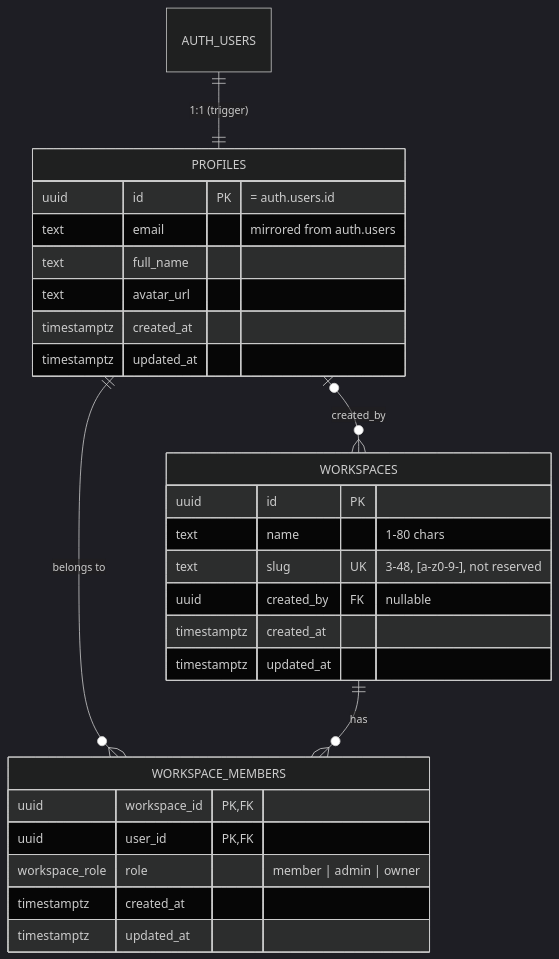
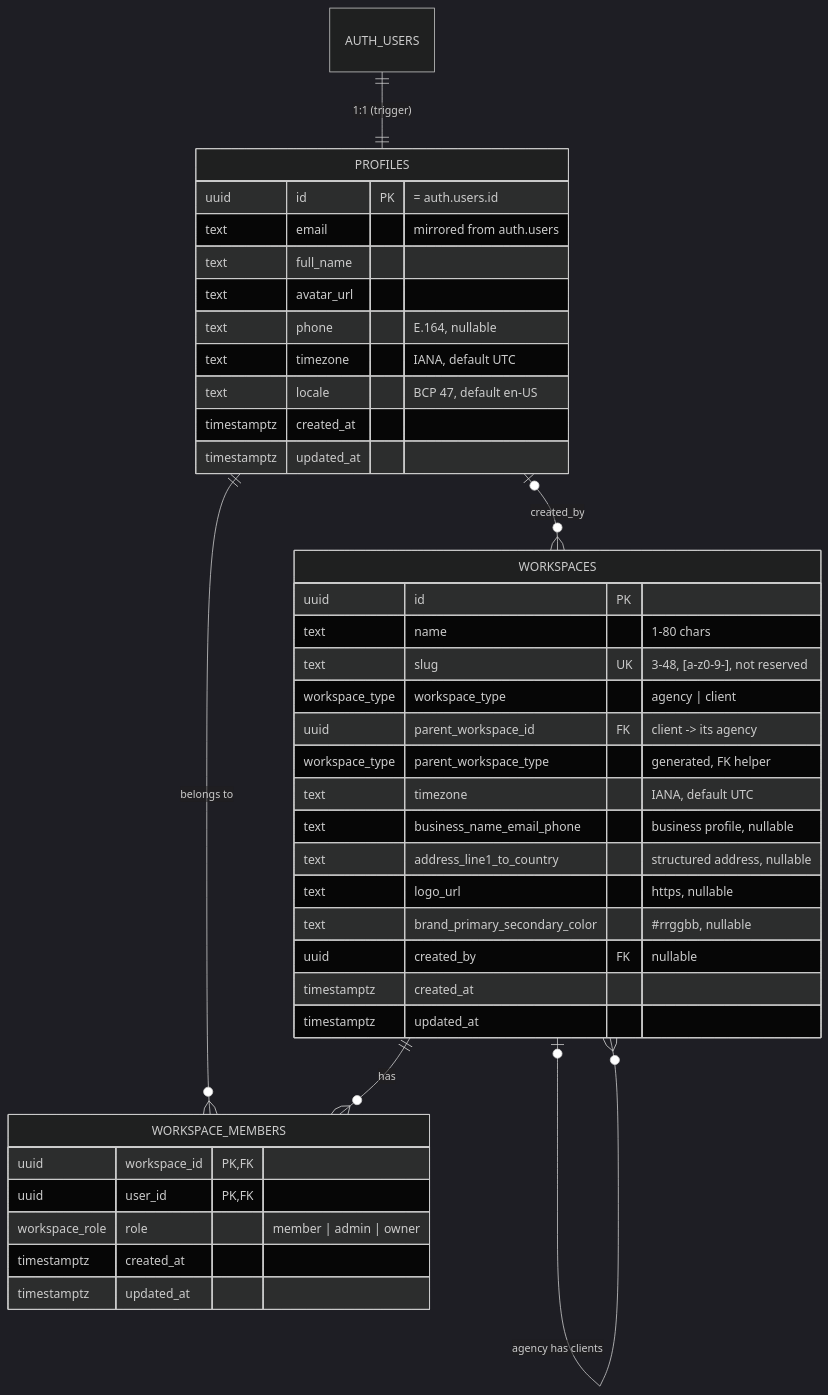
One commit to adithpenta23/DreamFunnels changed the diagram in docs/DATABASE.md. Above: the diagram before and after it, drawn with Mermaid (dark theme). The commit also changed other lines of this file and 76 other files, not shown here.

````diff
--- a/docs/DATABASE.md
+++ b/docs/DATABASE.md
@@ -14,31 +17,43 @@
 ```mermaid
 erDiagram
   AUTH_USERS ||--|| PROFILES : "1:1 (trigger)"
   PROFILES ||--o{ WORKSPACE_MEMBERS : "belongs to"
   WORKSPACES ||--o{ WORKSPACE_MEMBERS : "has"
   PROFILES |o--o{ WORKSPACES : "created_by"
+  WORKSPACES |o--o{ WORKSPACES : "agency has clients"
 
   PROFILES {
     uuid id PK "= auth.users.id"
     text email "mirrored from auth.users"
     text full_name
     text avatar_url
+    text phone "E.164, nullable"
+    text timezone "IANA, default UTC"
+    text locale "BCP 47, default en-US"
     timestamptz created_at
     timestamptz updated_at
   }
   WORKSPACES {
     uuid id PK
     text name "1-80 chars"
     text slug UK "3-48, [a-z0-9-], not reserved"
+    workspace_type workspace_type "agency | client"
+    uuid parent_workspace_id FK "client -> its agency"
+    workspace_type parent_workspace_type "generated, FK helper"
+    text timezone "IANA, default UTC"
+    text business_name_email_phone "business profile, nullable"
+    text address_line1_to_country "structured address, nullable"
+    text logo_url "https, nullable"
+    text brand_primary_secondary_color "#rrggbb, nullable"
     uuid created_by FK "nullable"
     timestamptz created_at
     timestamptz updated_at
   }
   WORKSPACE_MEMBERS {
     uuid workspace_id PK, FK
     uuid user_id PK, FK
     workspace_role role "member | admin | owner"
     timestamptz created_at
     timestamptz updated_at
   }
 ```
````
